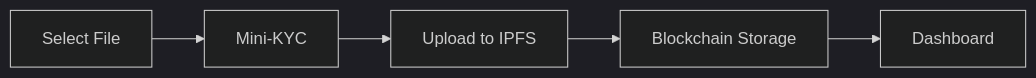
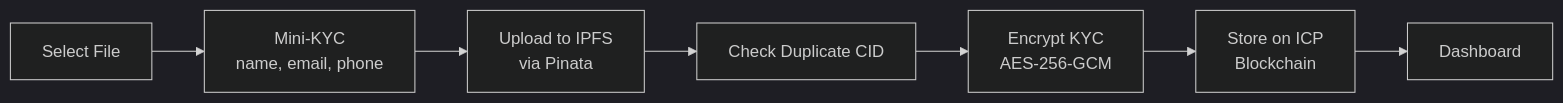
The first of 3 diagrams in src/evilblock_frontend/README.md (vibhasdutta/Eviblockv2.0), drawn with Mermaid (dark theme) before and after one commit. The commit also changed other lines of this file and 26 other files, not shown here.

````diff
--- a/src/evilblock_frontend/README.md
+++ b/src/evilblock_frontend/README.md
@@ -354,7 +375,9 @@
 ```mermaid
 graph LR
-    A[Select File] --> B[Mini-KYC]
-    B --> C[Upload to IPFS]
-    C --> D[Blockchain Storage]
-    D --> E[Dashboard]
+    A[Select File] --> B[Mini-KYC<br/>name, email, phone]
+    B --> C[Upload to IPFS<br/>via Pinata]
+    C --> D[Check Duplicate CID]
+    D --> E[Encrypt KYC<br/>AES-256-GCM]
+    E --> F[Store on ICP<br/>Blockchain]
+    F --> G[Dashboard]
 ```
````
